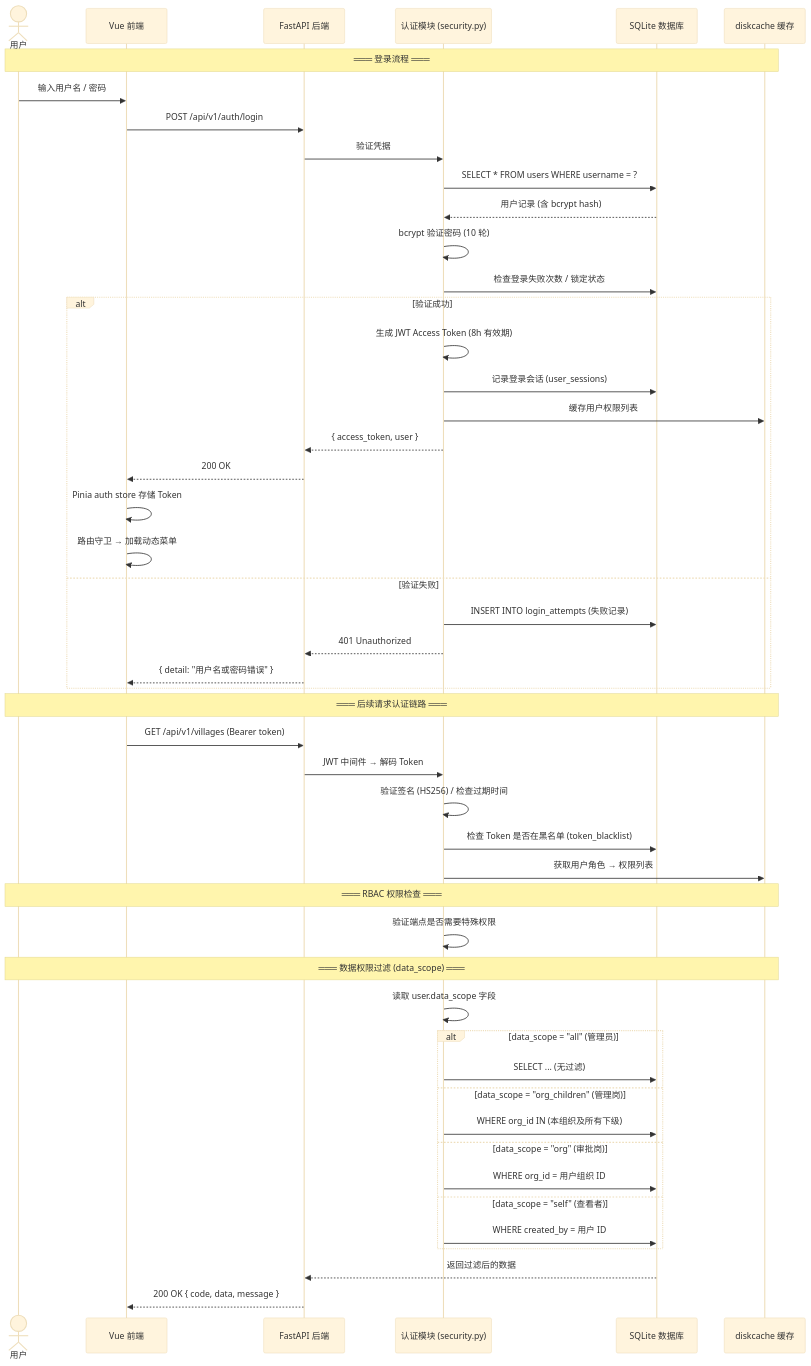
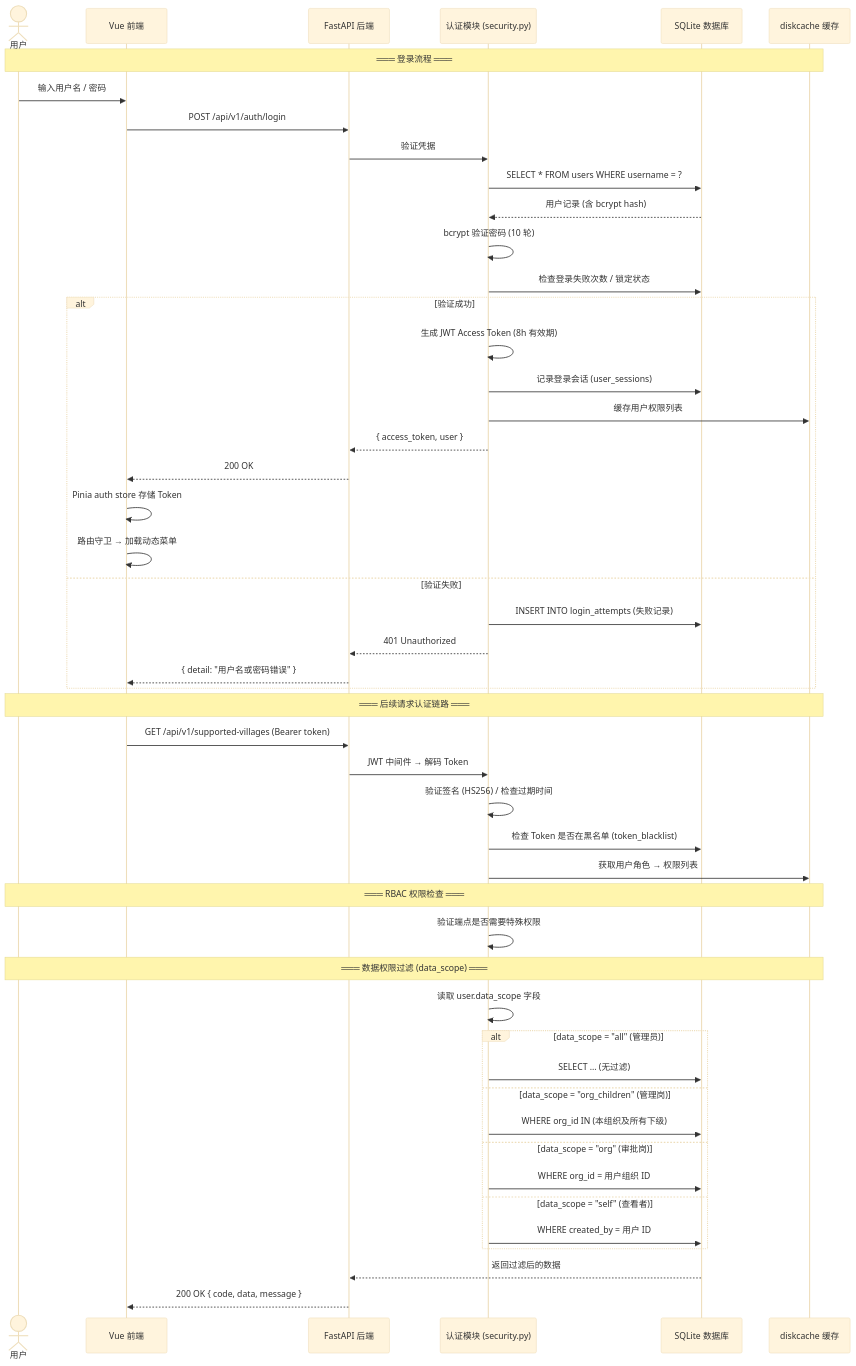
Before and after one commit to lzh745200/MRRS: the tenth of 15 diagrams in docs/03-开发文档/01-架构设计/系统设计图集.md, drawn with Mermaid (base theme). The commit also changed other lines of this file and 163 other files, not shown here.

````diff
--- a/docs/03-开发文档/01-架构设计/系统设计图集.md
+++ b/docs/03-开发文档/01-架构设计/系统设计图集.md
@@ -360,56 +363,56 @@
 ```mermaid
 sequenceDiagram
     actor User as 用户
     participant Client as Vue 前端
     participant API as FastAPI 后端
     participant Auth as 认证模块 (security.py)
     participant DB as SQLite 数据库
     participant Cache as diskcache 缓存
 
     Note over User,Cache: ═══ 登录流程 ═══
     User->>Client: 输入用户名 / 密码
     Client->>API: POST /api/v1/auth/login
     API->>Auth: 验证凭据
     Auth->>DB: SELECT * FROM users WHERE username = ?
     DB-->>Auth: 用户记录 (含 bcrypt hash)
     Auth->>Auth: bcrypt 验证密码 (10 轮)
     Auth->>DB: 检查登录失败次数 / 锁定状态
 
     alt 验证成功
         Auth->>Auth: 生成 JWT Access Token (8h 有效期)
         Auth->>DB: 记录登录会话 (user_sessions)
         Auth->>Cache: 缓存用户权限列表
         Auth-->>API: { access_token, user }
         API-->>Client: 200 OK
         Client->>Client: Pinia auth store 存储 Token
         Client->>Client: 路由守卫 → 加载动态菜单
     else 验证失败
         Auth->>DB: INSERT INTO login_attempts (失败记录)
         Auth-->>API: 401 Unauthorized
         API-->>Client: { detail: "用户名或密码错误" }
     end
 
     Note over User,Cache: ═══ 后续请求认证链路 ═══
-    Client->>API: GET /api/v1/villages (Bearer token)
+    Client->>API: GET /api/v1/supported-villages (Bearer token)
     API->>Auth: JWT 中间件 → 解码 Token
     Auth->>Auth: 验证签名 (HS256) / 检查过期时间
     Auth->>DB: 检查 Token 是否在黑名单 (token_blacklist)
     Auth->>Cache: 获取用户角色 → 权限列表
 
     Note over User,Cache: ═══ RBAC 权限检查 ═══
     Auth->>Auth: 验证端点是否需要特殊权限
 
     Note over User,Cache: ═══ 数据权限过滤 (data_scope) ═══
     Auth->>Auth: 读取 user.data_scope 字段
     alt data_scope = "all" (管理员)
         Auth->>DB: SELECT ... (无过滤)
     else data_scope = "org_children" (管理岗)
         Auth->>DB: WHERE org_id IN (本组织及所有下级)
     else data_scope = "org" (审批岗)
         Auth->>DB: WHERE org_id = 用户组织 ID
     else data_scope = "self" (查看者)
         Auth->>DB: WHERE created_by = 用户 ID
     end
     DB-->>API: 返回过滤后的数据
     API-->>Client: 200 OK { code, data, message }
 ```
````
